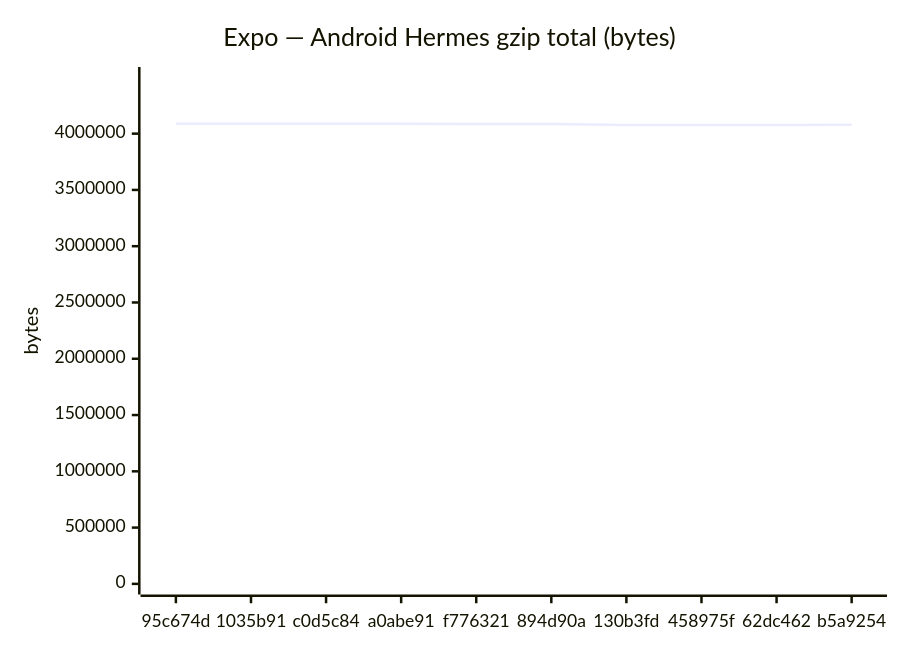
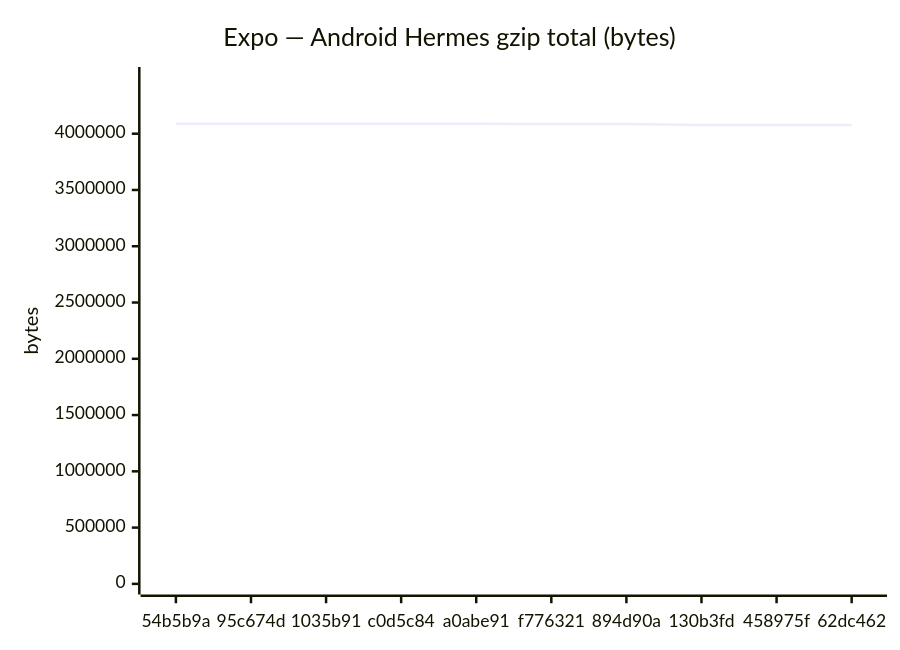
One commit to Metaheurist/Rianell changed the fifth of 18 diagrams in benchmarks/compare.md. Above: the diagram before and after it, drawn with Mermaid. The commit also changed other lines of this file and 11 other files, not shown here.

````diff
--- a/benchmarks/compare.md
+++ b/benchmarks/compare.md
@@ -89,7 +89,7 @@
 ```mermaid
 xychart-beta
     title "Expo — Android Hermes gzip total (bytes)"
-    x-axis ["95c674d", "1035b91", "c0d5c84", "a0abe91", "f776321", "894d90a", "130b3fd", "458975f", "62dc462", "b5a9254"]
-    y-axis "bytes" 0 --> 4497696
-    line [4088814, 4088813, 4088813, 4088812, 4085830, 4086643, 4077332, 4077341, 4077340, 4078885]
+    x-axis ["54b5b9a", "95c674d", "1035b91", "c0d5c84", "a0abe91", "f776321", "894d90a", "130b3fd", "458975f", "62dc462"]
+    y-axis "bytes" 0 --> 4498245
+    line [4089313, 4088814, 4088813, 4088813, 4088812, 4085830, 4086643, 4077332, 4077341, 4077340]
 ```
````
